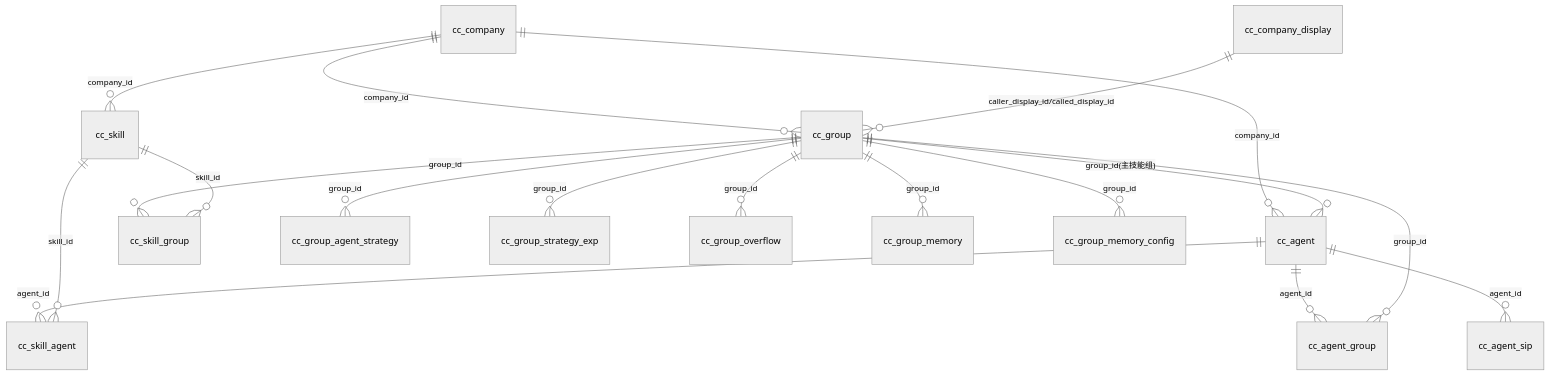
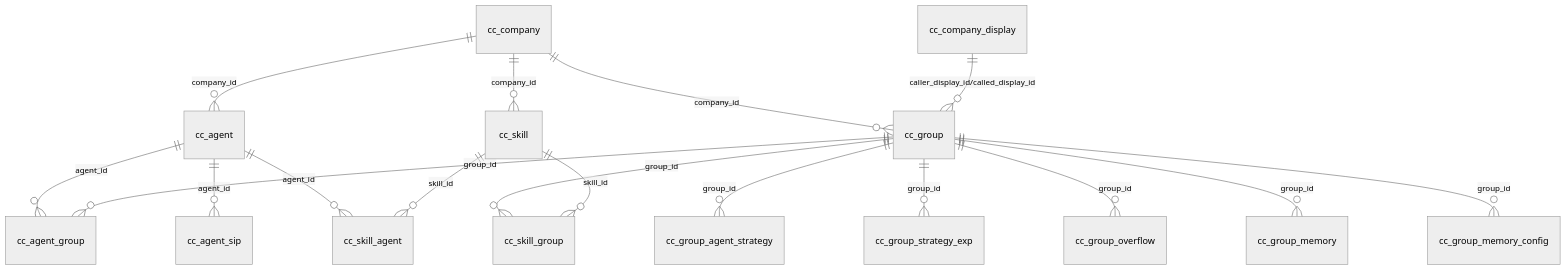
One commit to dongjb741280/ai-call-center changed the third of 9 diagrams in docs/03-数据模型.md. Above: the diagram before and after it, drawn with Mermaid (neutral theme). The commit also changed other lines of this file and 1 other file, not shown here.

First line of the commit message:
docs: sync agent primary group to cc_agent_group.is_primary

````diff
--- a/docs/03-数据模型.md
+++ b/docs/03-数据模型.md
@@ -79,20 +79,19 @@
 ```mermaid
 erDiagram
     cc_company ||--o{ cc_agent : "company_id"
     cc_company ||--o{ cc_group : "company_id"
     cc_company ||--o{ cc_skill : "company_id"
-    cc_group ||--o{ cc_agent : "group_id(主技能组)"
     cc_agent ||--o{ cc_agent_group : "agent_id"
     cc_group ||--o{ cc_agent_group : "group_id"
     cc_agent ||--o{ cc_agent_sip : "agent_id"
     cc_agent ||--o{ cc_skill_agent : "agent_id"
     cc_skill ||--o{ cc_skill_agent : "skill_id"
     cc_group ||--o{ cc_skill_group : "group_id"
     cc_skill ||--o{ cc_skill_group : "skill_id"
     cc_group ||--o{ cc_group_agent_strategy : "group_id"
     cc_group ||--o{ cc_group_strategy_exp : "group_id"
     cc_group ||--o{ cc_group_overflow : "group_id"
     cc_group ||--o{ cc_group_memory : "group_id"
     cc_group ||--o{ cc_group_memory_config : "group_id"
     cc_company_display ||--o{ cc_group : "caller_display_id/called_display_id"
 ```
````
